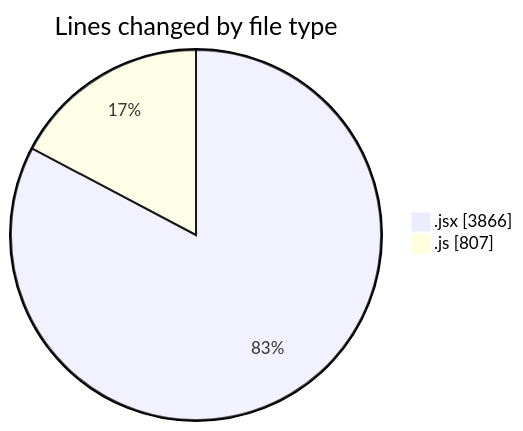
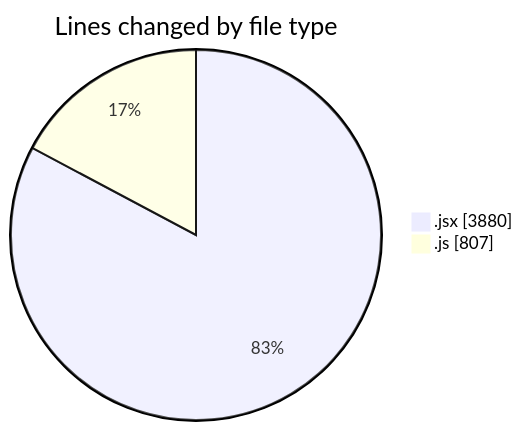
One commit to nxtqubesakshisongat/code-tracking changed the first of 2 diagrams in 2025-07-14/argos/README.md. Above: the diagram before and after it, drawn with Mermaid. The commit also changed other lines of this file and 1 other file, not shown here.

````diff
--- a/2025-07-14/argos/README.md
+++ b/2025-07-14/argos/README.md
@@ -28,6 +28,6 @@
 ```mermaid
 pie showData
 title Lines changed by file type
-".jsx" : 3866
+".jsx" : 3880
 ".js" : 807
 ```
````
